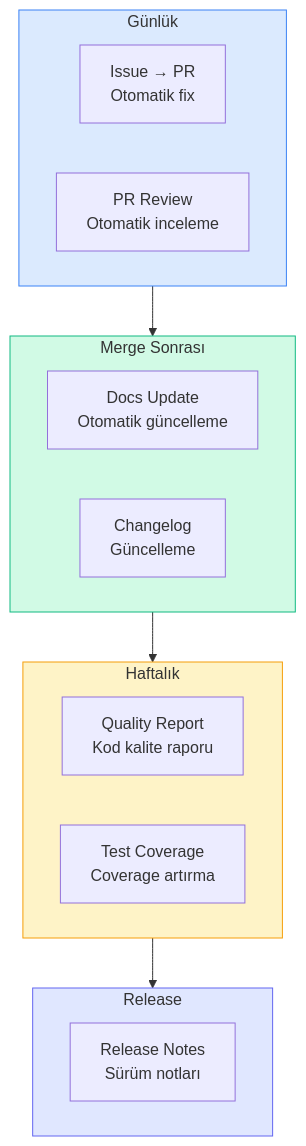
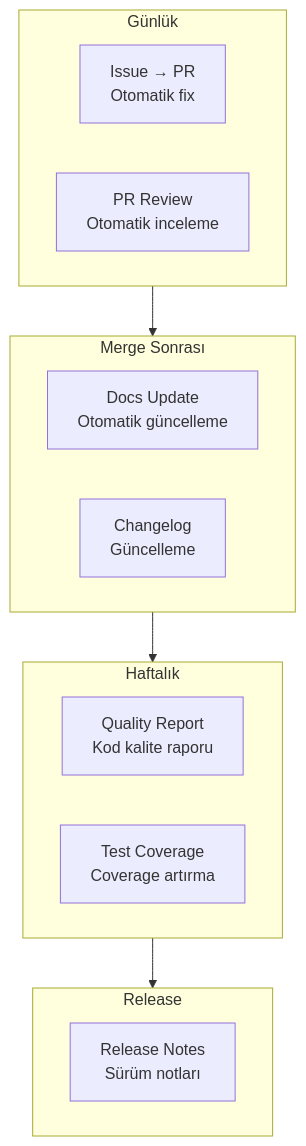
Before and after one commit to IzzetYasinAtes/ClaudeCodeHandbook: the seventh of 7 diagrams in 16-cicd-ve-devops/05-otomasyon-tarifleri.md, drawn with Mermaid. The commit also changed other lines of this file and 97 other files, not shown here.

Commit message:
Remove all custom Mermaid style/fill colors from 98 markdown files for consistent dark theme rendering

````diff
--- a/16-cicd-ve-devops/05-otomasyon-tarifleri.md
+++ b/16-cicd-ve-devops/05-otomasyon-tarifleri.md
@@ -594,30 +579,26 @@
 ```mermaid
 flowchart TB
     subgraph daily ["Günlük"]
         D1["Issue → PR<br/>Otomatik fix"]
         D2["PR Review<br/>Otomatik inceleme"]
     end
 
     subgraph onMerge ["Merge Sonrası"]
         M1["Docs Update<br/>Otomatik güncelleme"]
         M2["Changelog<br/>Güncelleme"]
     end
 
     subgraph weekly ["Haftalık"]
         W1["Quality Report<br/>Kod kalite raporu"]
         W2["Test Coverage<br/>Coverage artırma"]
     end
 
     subgraph release ["Release"]
         R1["Release Notes<br/>Sürüm notları"]
     end
 
     daily --> onMerge
     onMerge --> weekly
     weekly --> release
 
-    style daily fill:#DBEAFE,stroke:#3B82F6
-    style onMerge fill:#D1FAE5,stroke:#10B981
-    style weekly fill:#FEF3C7,stroke:#F59E0B
-    style release fill:#E0E7FF,stroke:#6366F1
 ```
````
